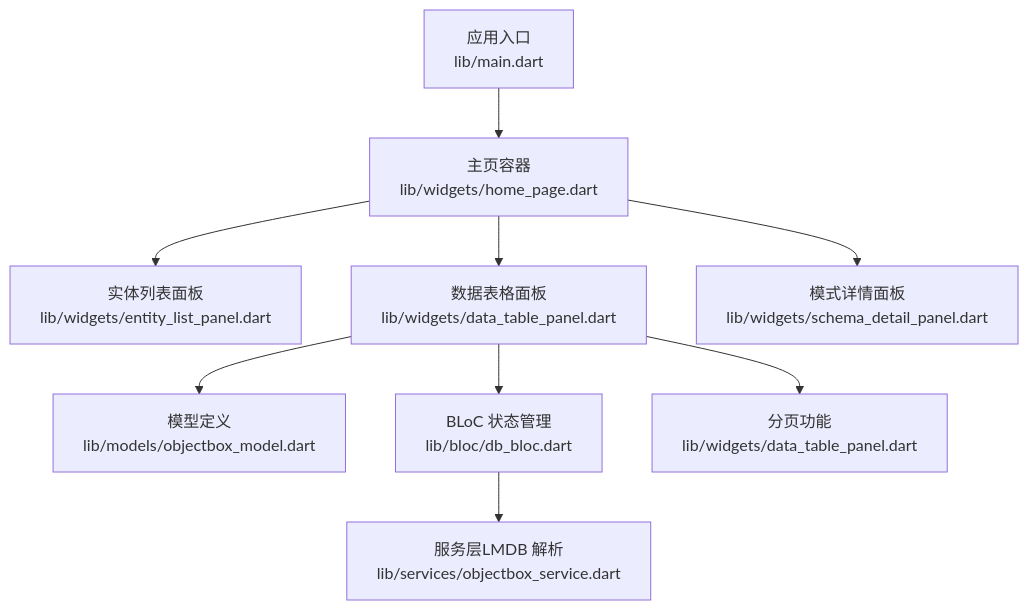
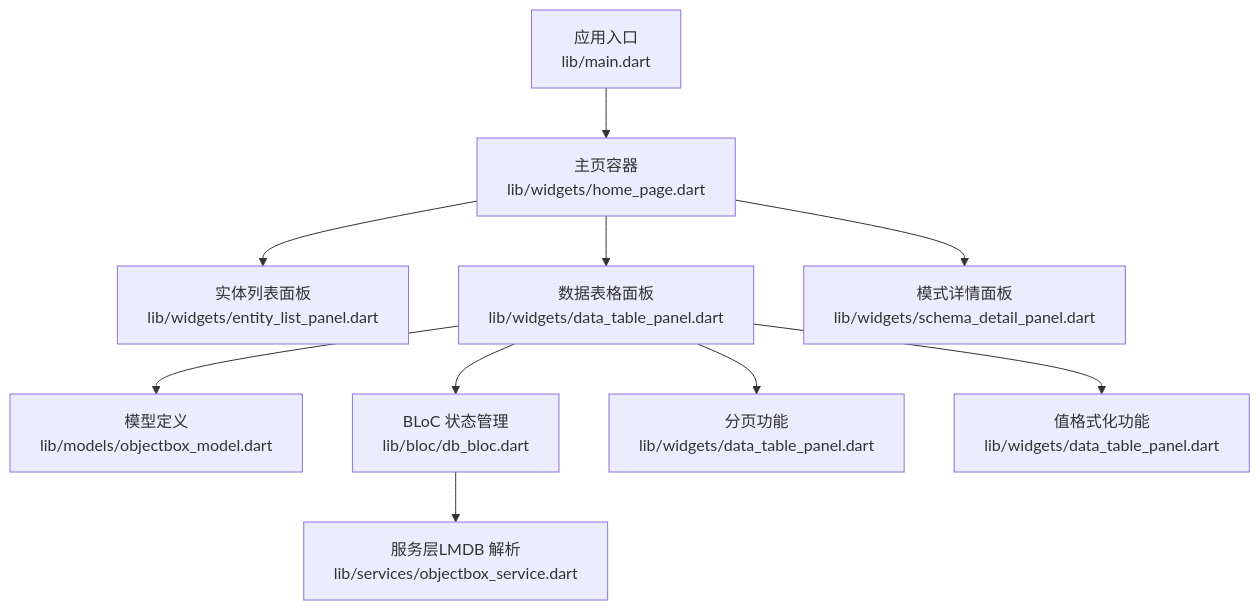
One commit to kongpf8848/objectbox_viewer changed the first of 8 diagrams in .qoder/repowiki/zh/content/UI 组件/数据表格面板.md. Above: the diagram before and after it, drawn with Mermaid. The commit also changed other lines of this file and 9 other files, not shown here.

````diff
--- a/.qoder/repowiki/zh/content/UI 组件/数据表格面板.md
+++ b/.qoder/repowiki/zh/content/UI 组件/数据表格面板.md
@@ -49,11 +50,12 @@
 ```mermaid
 graph TB
 A["应用入口<br/>lib/main.dart"] --> B["主页容器<br/>lib/widgets/home_page.dart"]
 B --> C["实体列表面板<br/>lib/widgets/entity_list_panel.dart"]
 B --> D["数据表格面板<br/>lib/widgets/data_table_panel.dart"]
 B --> E["模式详情面板<br/>lib/widgets/schema_detail_panel.dart"]
 D --> F["模型定义<br/>lib/models/objectbox_model.dart"]
 D --> G["BLoC 状态管理<br/>lib/bloc/db_bloc.dart"]
 G --> H["服务层LMDB 解析<br/>lib/services/objectbox_service.dart"]
 D --> I["分页功能<br/>lib/widgets/data_table_panel.dart"]
+D --> J["值格式化功能<br/>lib/widgets/data_table_panel.dart"]
 ```
````
